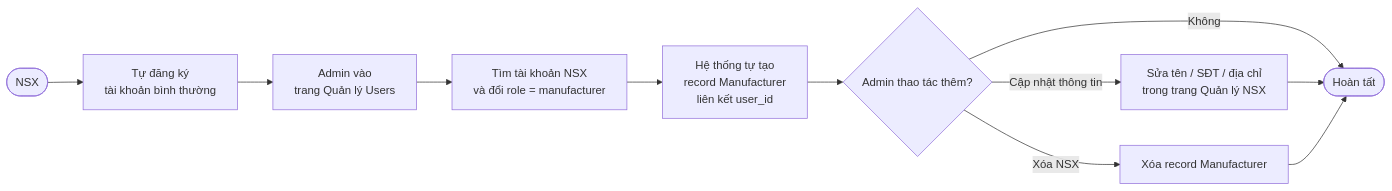
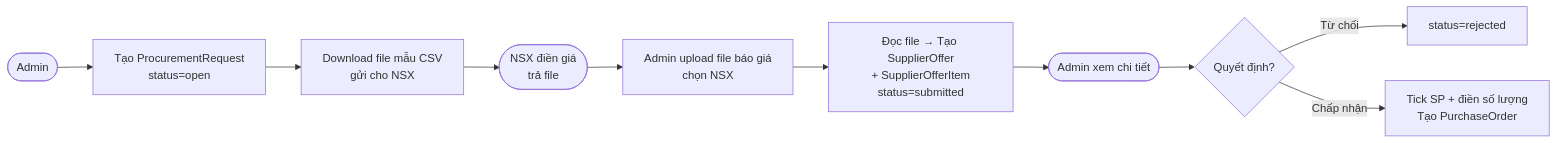
Before and after one commit to thien258/luanvantotnghiep: diagram 17 of 20 in app/Http/doc/diagrams.md, drawn with Mermaid. The commit also changed other lines of this file and 59 other files, not shown here.

````diff
--- a/app/Http/doc/diagrams.md
+++ b/app/Http/doc/diagrams.md
@@ -592,13 +626,12 @@
 ```mermaid
 flowchart LR
-    A([NSX]) --> B[Tự đăng ký\ntài khoản bình thường]
-    B --> C[Admin vào\ntrang Quản lý Users]
-    C --> D[Tìm tài khoản NSX\nvà đổi role = manufacturer]
-    D --> E[Hệ thống tự tạo\nrecord Manufacturer\nliên kết user_id]
-    E --> F{Admin thao tác thêm?}
-    F -->|Cập nhật thông tin| G[Sửa tên / SĐT / địa chỉ\ntrong trang Quản lý NSX]
-    F -->|Xóa NSX| H[Xóa record Manufacturer]
-    F -->|Không| I([Hoàn tất])
-    G --> I
-    H --> I
+    A([Admin]) --> B[Tạo ProcurementRequest\nstatus=open]
+    B --> C[Download file mẫu CSV\ngửi cho NSX]
+    C --> D([NSX điền giá\ntrả file])
+    D --> E[Admin upload file báo giá\nchọn NSX]
+    E --> F[Đọc file → Tạo SupplierOffer\n+ SupplierOfferItem\nstatus=submitted]
+    F --> G([Admin xem chi tiết])
+    G --> H{Quyết định?}
+    H -->|Từ chối| I[status=rejected]
+    H -->|Chấp nhận| J[Tick SP + điền số lượng\nTạo PurchaseOrder]
 ```
````
